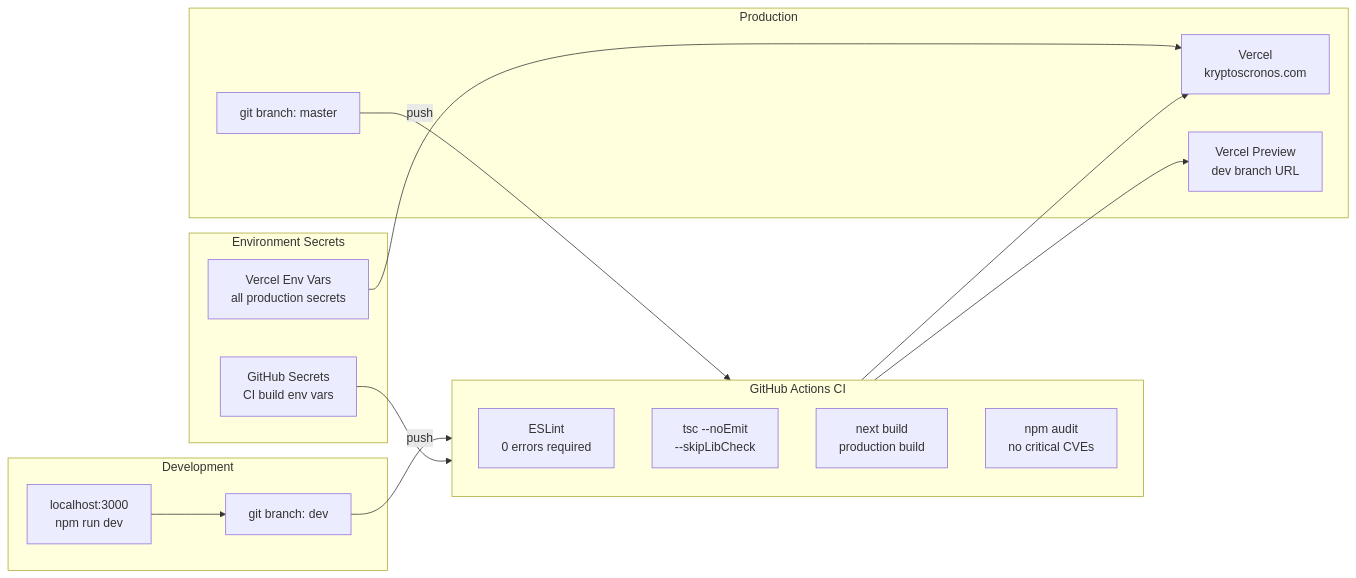
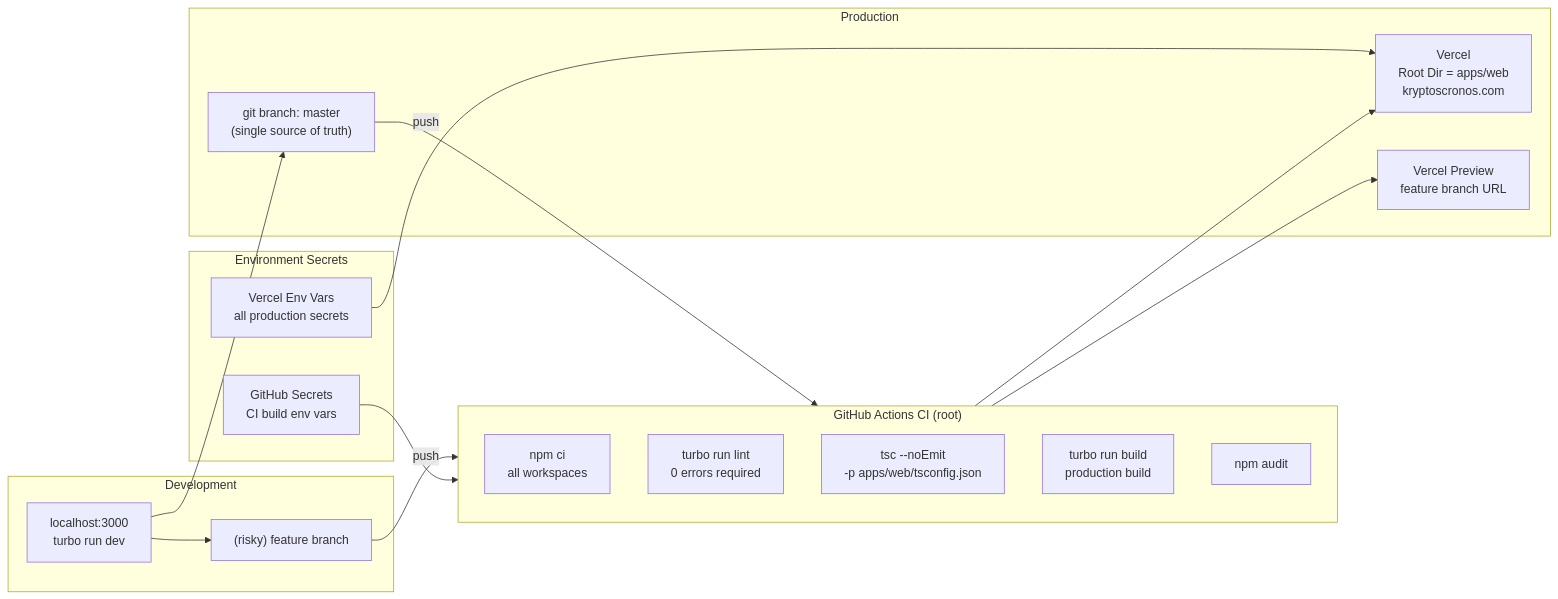
The third of 3 diagrams in apps/web/secured-docs/TECH_BOM.md (jjfleetwood/kryptos-cronos), drawn with Mermaid before and after one commit. The commit also changed other lines of this file and 3 other files, not shown here.

Commit message:
docs: refresh CICD_PIPELINE + TECH_BOM (monorepo, single-master, Supabase/RevenueCat/Expo/Plausible, 458 stages)

````diff
--- a/apps/web/secured-docs/TECH_BOM.md
+++ b/apps/web/secured-docs/TECH_BOM.md
@@ -214,33 +248,35 @@
 ```mermaid
 flowchart LR
     subgraph Dev["Development"]
-        LocalDev["localhost:3000\nnpm run dev"]
-        DevBranch["git branch: dev"]
+        LocalDev["localhost:3000\nturbo run dev"]
+        FeatBranch["(risky) feature branch"]
     end
 
-    subgraph CI["GitHub Actions CI"]
-        Lint["ESLint\n0 errors required"]
-        TSC["tsc --noEmit\n--skipLibCheck"]
-        Build["next build\nproduction build"]
-        Audit["npm audit\nno critical CVEs"]
+    subgraph CI["GitHub Actions CI (root)"]
+        Install["npm ci\nall workspaces"]
+        Lint["turbo run lint\n0 errors required"]
+        TSC["tsc --noEmit\n-p apps/web/tsconfig.json"]
+        Build["turbo run build\nproduction build"]
+        Audit["npm audit"]
     end
 
     subgraph Prod["Production"]
-        Master["git branch: master"]
-        Vercel["Vercel\nkryptoscronos.com"]
-        Preview["Vercel Preview\ndev branch URL"]
+        Master["git branch: master\n(single source of truth)"]
+        Vercel["Vercel\nRoot Dir = apps/web\nkryptoscronos.com"]
+        Preview["Vercel Preview\nfeature branch URL"]
     end
 
     subgraph Secrets["Environment Secrets"]
         GHSecrets["GitHub Secrets\nCI build env vars"]
         VercelEnv["Vercel Env Vars\nall production secrets"]
     end
 
-    LocalDev --> DevBranch
-    DevBranch -->|push| CI
+    LocalDev --> Master
+    LocalDev --> FeatBranch
+    FeatBranch -->|push| CI
     CI --> Preview
     Master -->|push| CI
     CI --> Vercel
     GHSecrets --> CI
     VercelEnv --> Vercel
 ```
````
